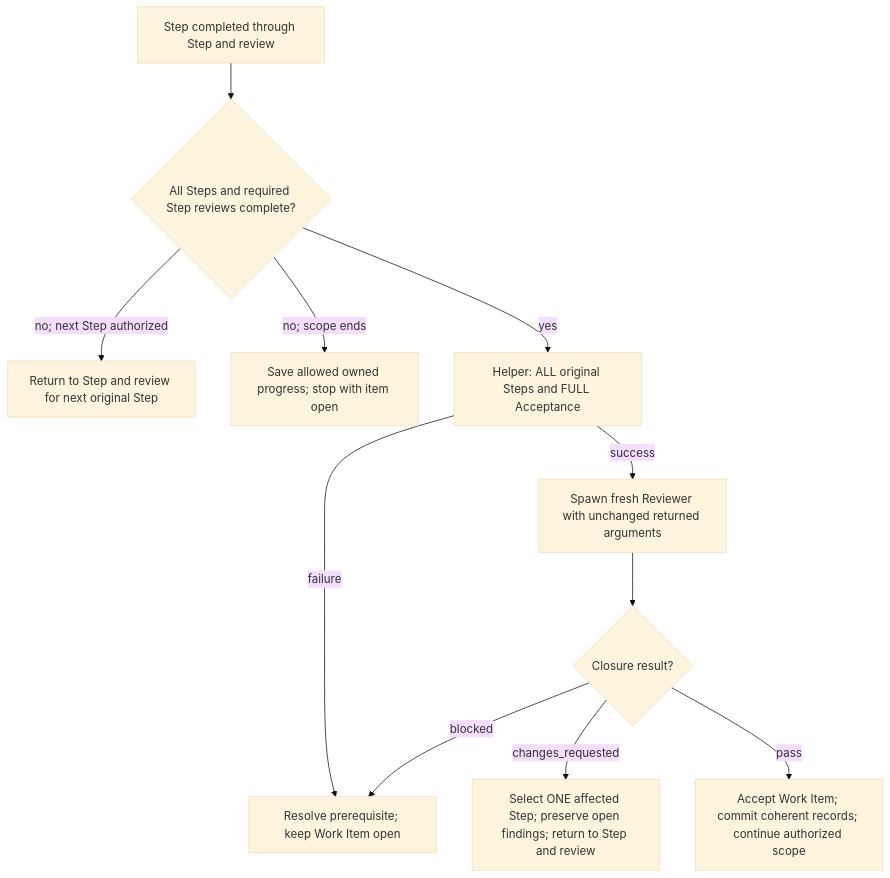
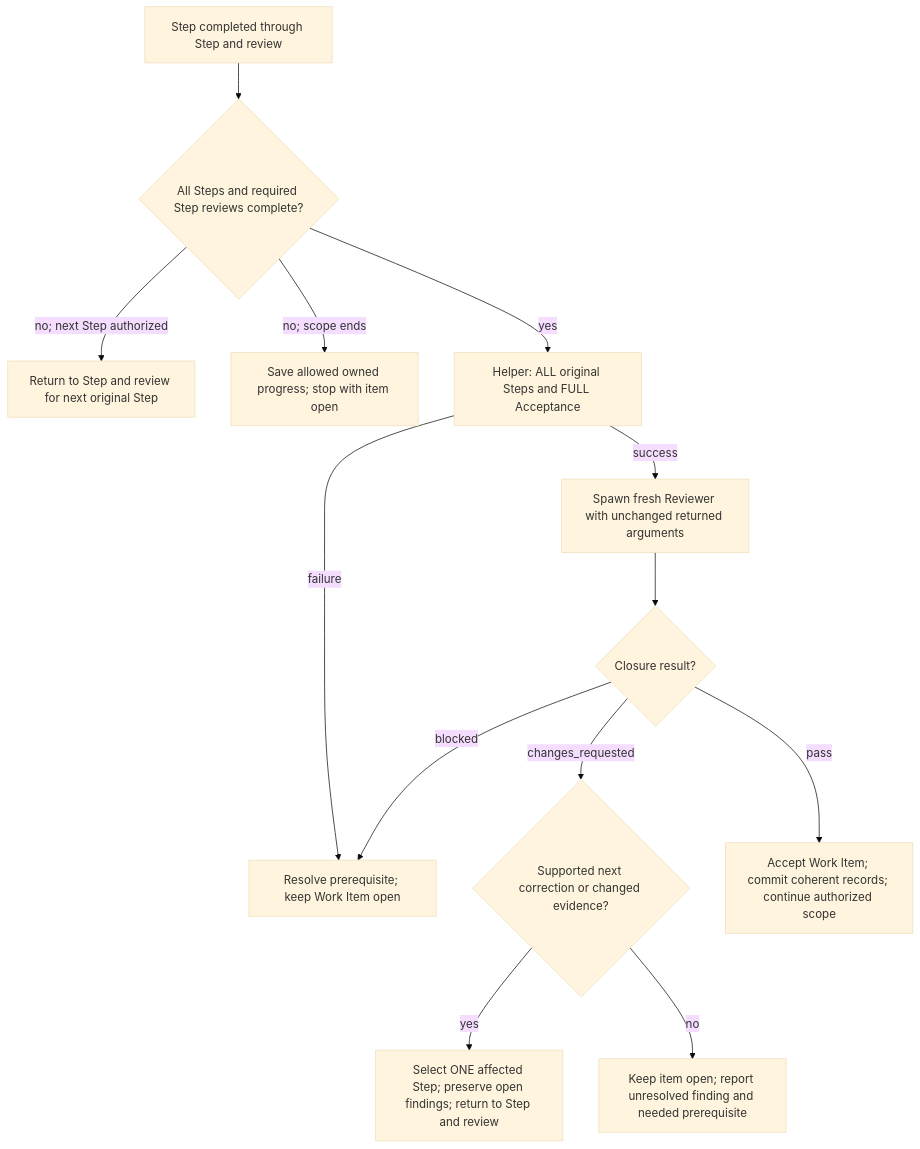
Before and after one commit to benjaminstelzer/scoville-suite-for-codex-mainloop: the second of 2 diagrams in packages/scoville-workflow-for-codex/scoville-workflow-for-codex/SKILL.md, drawn with Mermaid (base theme). The commit also changed other lines of this file and 128 other files, not shown here.

````diff
--- a/packages/scoville-workflow-for-codex/scoville-workflow-for-codex/SKILL.md
+++ b/packages/scoville-workflow-for-codex/scoville-workflow-for-codex/SKILL.md
@@ -71,13 +73,15 @@
 ```mermaid
 flowchart TD
   accepted["Step completed through Step and review"] --> more{"All Steps and required Step reviews complete?"}
   more -->|no; next Step authorized| next["Return to Step and review for next original Step"]
   more -->|no; scope ends| stop["Save allowed owned progress; stop with item open"]
   more -->|yes| closure["Helper: ALL original Steps and FULL Acceptance"]
   closure -->|failure| blocked["Resolve prerequisite; keep Work Item open"]
   closure -->|success| spawn["Spawn fresh Reviewer with unchanged returned arguments"]
   spawn --> result{"Closure result?"}
-  result -->|changes_requested| affected["Select ONE affected Step; preserve open findings; return to Step and review"]
+  result -->|changes_requested| approach{"Supported next correction or changed evidence?"}
+  approach -->|yes| affected["Select ONE affected Step; preserve open findings; return to Step and review"]
+  approach -->|no| stalled["Keep item open; report unresolved finding and needed prerequisite"]
   result -->|blocked| blocked
   result -->|pass| accept["Accept Work Item; commit coherent records; continue authorized scope"]
 ```
````
